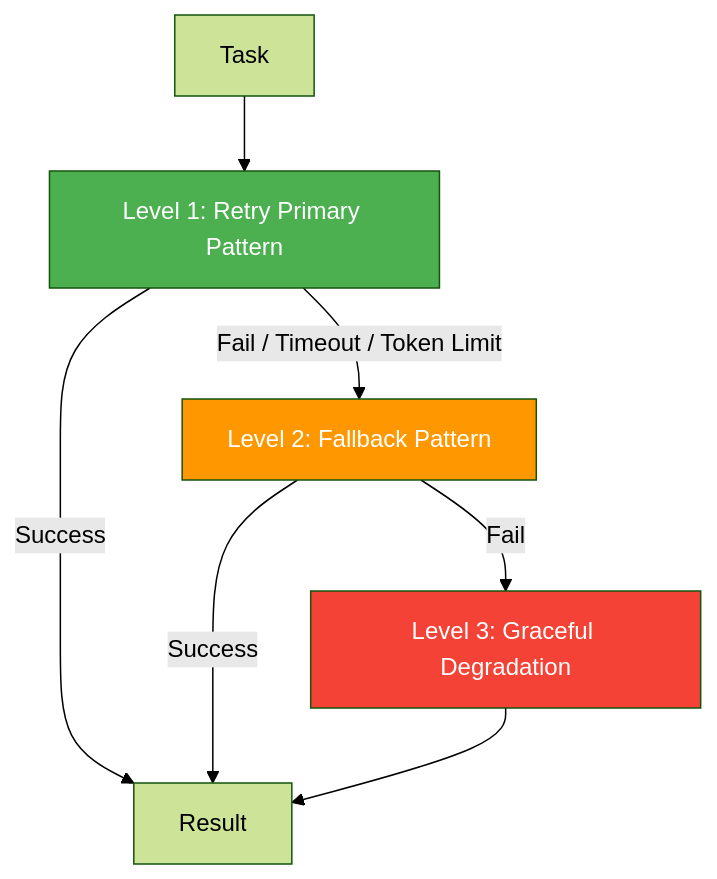
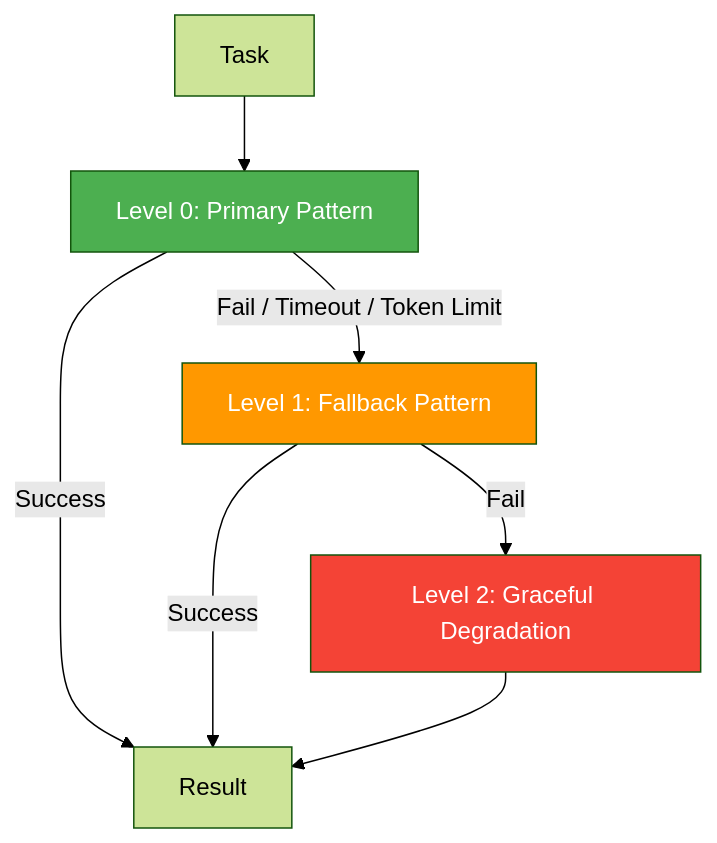
The diagram in docs/guides/recovery.md (pyagent-core/pyagent), drawn with Mermaid (forest theme) before and after one commit. The commit also changed other lines of this file and 31 other files, not shown here.

````diff
--- a/docs/guides/recovery.md
+++ b/docs/guides/recovery.md
@@ -7,13 +17,13 @@
 ```mermaid
 flowchart TD
-    T[Task] --> L1[Level 1: Retry Primary Pattern]
+    T[Task] --> L1[Level 0: Primary Pattern]
     L1 -->|Success| R[Result]
-    L1 -->|Fail / Timeout / Token Limit| L2[Level 2: Fallback Pattern]
+    L1 -->|Fail / Timeout / Token Limit| L2[Level 1: Fallback Pattern]
     L2 -->|Success| R
-    L2 -->|Fail| L3[Level 3: Graceful Degradation]
+    L2 -->|Fail| L3[Level 2: Graceful Degradation]
     L3 --> R
 
     style L1 fill:#4CAF50,color:#fff
     style L2 fill:#FF9800,color:#fff
     style L3 fill:#f44336,color:#fff
 ```
````
